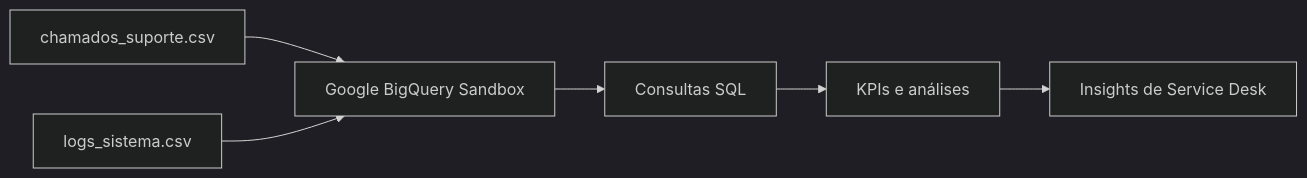
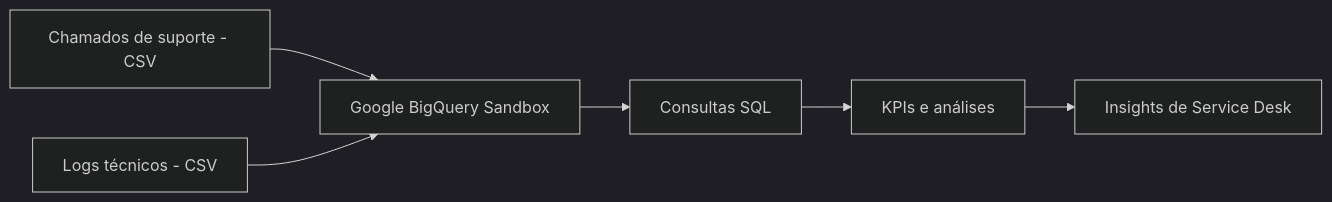
One commit to jessicajfg/data-lake-suporte-tecnico changed the diagram in README.md. Above: the diagram before and after it, drawn with Mermaid (dark theme). The commit also changed other lines of this file, not shown here.

````diff
--- a/README.md
+++ b/README.md
@@ -15,8 +15,8 @@
 ```mermaid
 flowchart LR
-    A[chamados_suporte.csv] --> C[Google BigQuery Sandbox]
-    B[logs_sistema.csv] --> C
+    A[Chamados de suporte - CSV] --> C[Google BigQuery Sandbox]
+    B[Logs técnicos - CSV] --> C
     C --> D[Consultas SQL]
     D --> E[KPIs e análises]
     E --> F[Insights de Service Desk]
 ```
````
